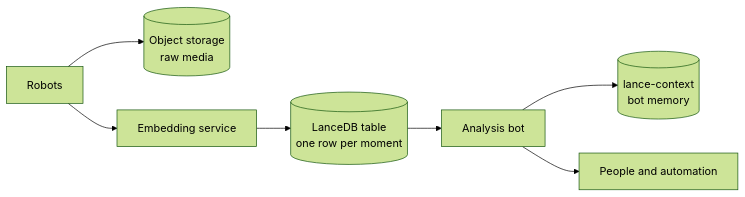
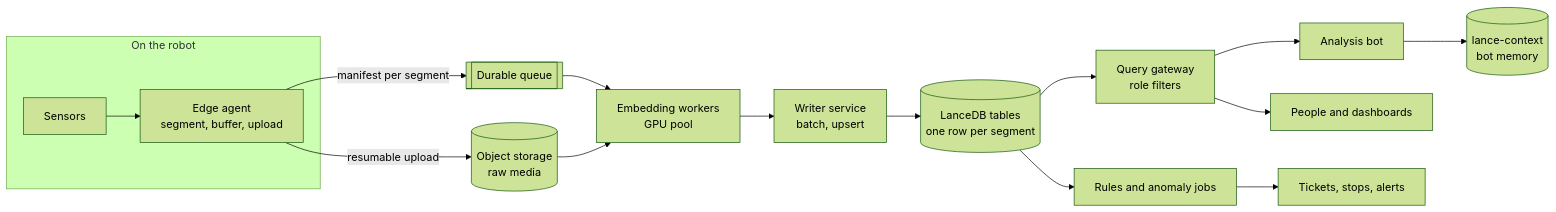
One commit to dai-3235/docs changed the diagram in src/content/blog/searchable-robot-data-with-lancedb-and-lance-context.md. Above: the diagram before and after it, drawn with Mermaid (forest theme). The commit also changed other lines of this file, not shown here.

Commit message:
Rewrite robot data post with detailed design, algorithms, deployment and failure modes

````diff
--- a/src/content/blog/searchable-robot-data-with-lancedb-and-lance-context.md
+++ b/src/content/blog/searchable-robot-data-with-lancedb-and-lance-context.md
@@ -12,9 +16,18 @@
 ```mermaid
 flowchart LR
-  R["Robots"] --> O[("Object storage<br/>raw media")]
-  R --> E["Embedding service"]
-  E --> T[("LanceDB table<br/>one row per moment")]
-  T --> B["Analysis bot"]
+  subgraph Edge["On the robot"]
+    S["Sensors"] --> A["Edge agent<br/>segment, buffer, upload"]
+  end
+  A -->|"resumable upload"| O[("Object storage<br/>raw media")]
+  A -->|"manifest per segment"| Q[["Durable queue"]]
+  Q --> W["Embedding workers<br/>GPU pool"]
+  O --> W
+  W --> I["Writer service<br/>batch, upsert"]
+  I --> T[("LanceDB tables<br/>one row per segment")]
+  T --> G["Query gateway<br/>role filters"]
+  G --> B["Analysis bot"]
+  G --> P["People and dashboards"]
   B --> M[("lance-context<br/>bot memory")]
-  B --> U["People and automation"]
+  T --> R["Rules and anomaly jobs"]
+  R --> N["Tickets, stops, alerts"]
 ```
````
